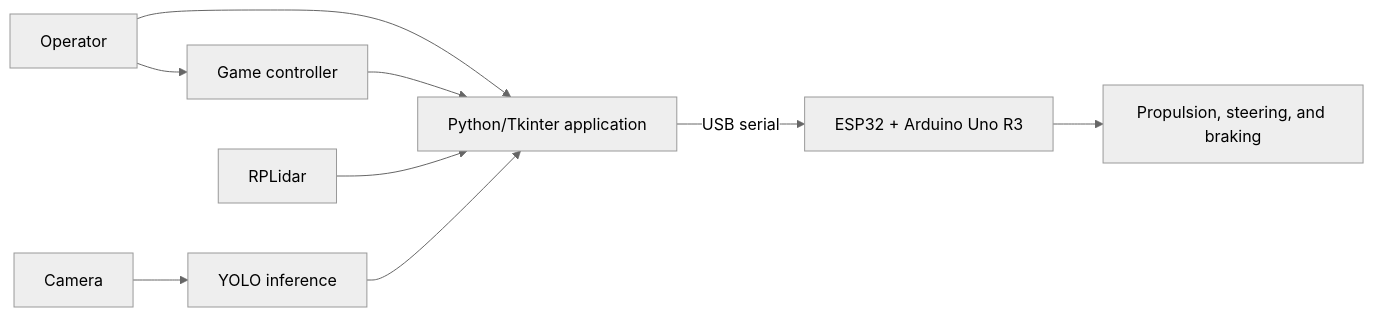
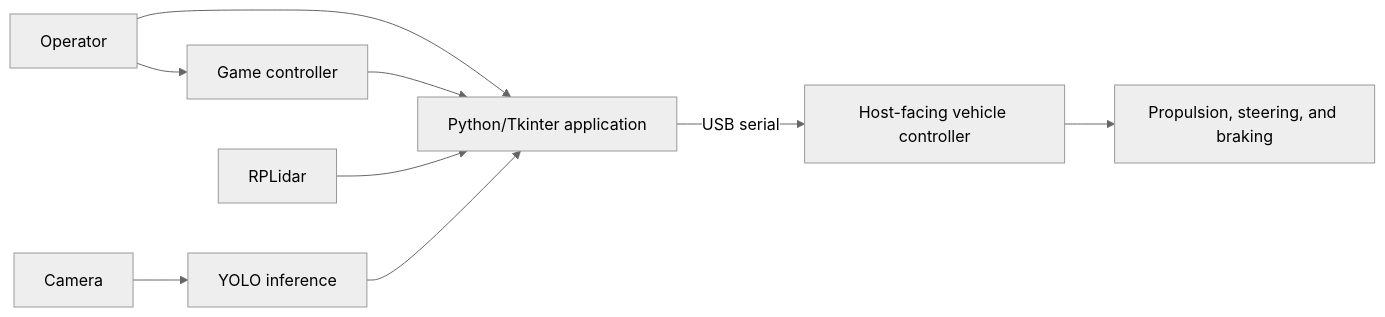
Before and after one commit to Mohemed-Amine-Chalhy/Car_Interface: the diagram in docs/case-study.md, drawn with Mermaid (neutral theme). The commit also changed other lines of this file and 40 other files, not shown here.

```diff
--- a/docs/case-study.md
+++ b/docs/case-study.md
@@ -81,11 +73,11 @@
 ~~~mermaid
 flowchart LR
     Operator --> Controller[Game controller]
     Operator --> GUI[Python/Tkinter application]
     Controller --> GUI
     Lidar[RPLidar] --> GUI
     Camera --> YOLO[YOLO inference]
     YOLO --> GUI
-    GUI -->|USB serial| Boards[ESP32 + Arduino Uno R3]
-    Boards --> Vehicle[Propulsion, steering, and braking]
+    GUI -->|USB serial| VehicleController[Host-facing vehicle controller]
+    VehicleController --> Vehicle[Propulsion, steering, and braking]
 ~~~
```
